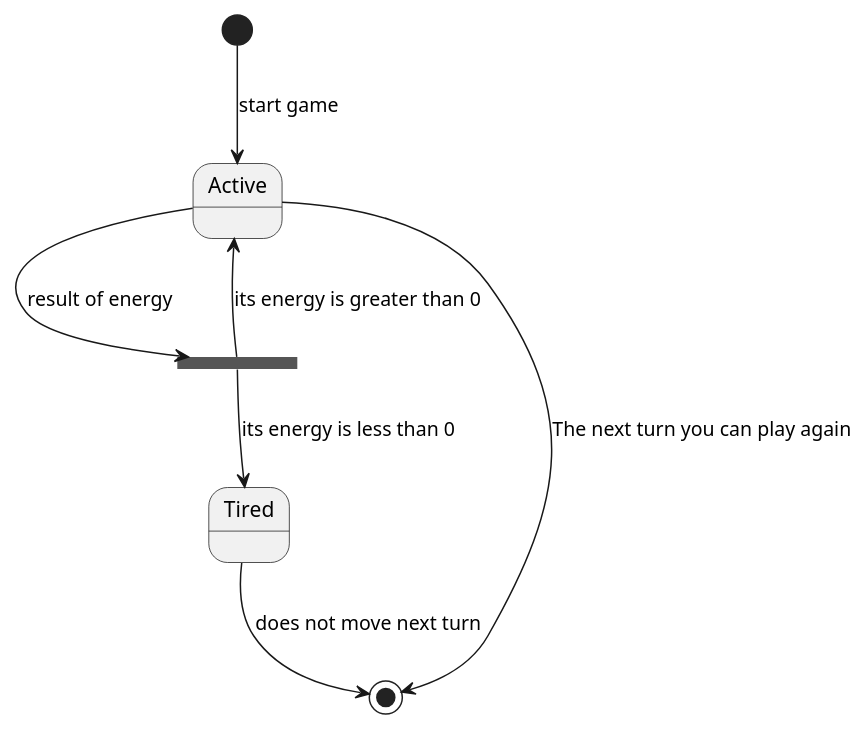
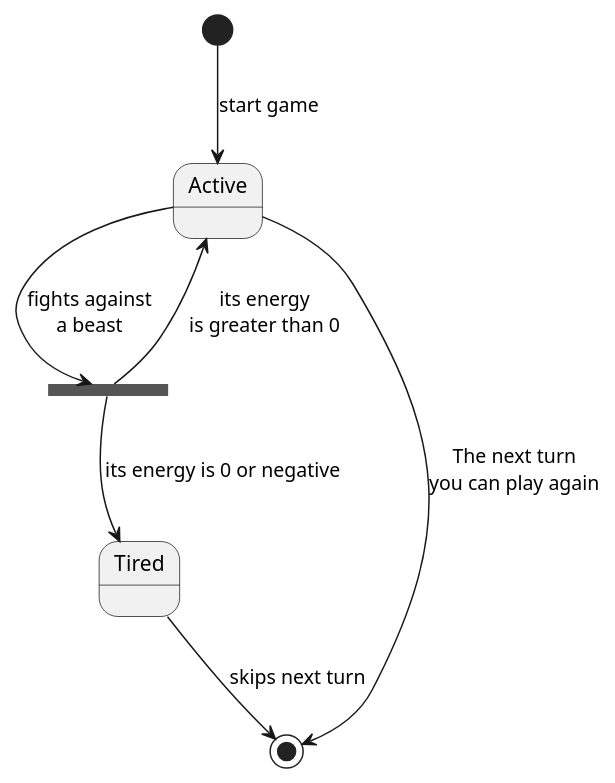
The diagram in diagrams/states/gladiatorFallsInFightWithBeasts.plantuml (PabloGCH/tp2-algo3), drawn with PlantUML before and after one commit. The commit also changed 4 other files, not shown here.

Commit message:
multilines in diagrams

```diff
--- a/diagrams/states/gladiatorFallsInFightWithBeasts.plantuml
+++ b/diagrams/states/gladiatorFallsInFightWithBeasts.plantuml
@@ -1,13 +1,13 @@
 @startuml
 
 [*] --> Active: start game
 
 state result_of_energy <<fork>>
-Active --> result_of_energy: result of energy
+Active --> result_of_energy: fights against\na beast
 
-result_of_energy --> Active: its energy is greater than 0
-result_of_energy --> Tired: its energy is less than 0
+result_of_energy --> Active: its energy\nis greater than 0
+result_of_energy --> Tired: its energy is 0 or negative
 
-Active --> [*] : The next turn you can play again
-Tired --> [*] : does not move next turn
+Active --> [*] : The next turn\nyou can play again
+Tired --> [*] : skips next turn
 @enduml
```
